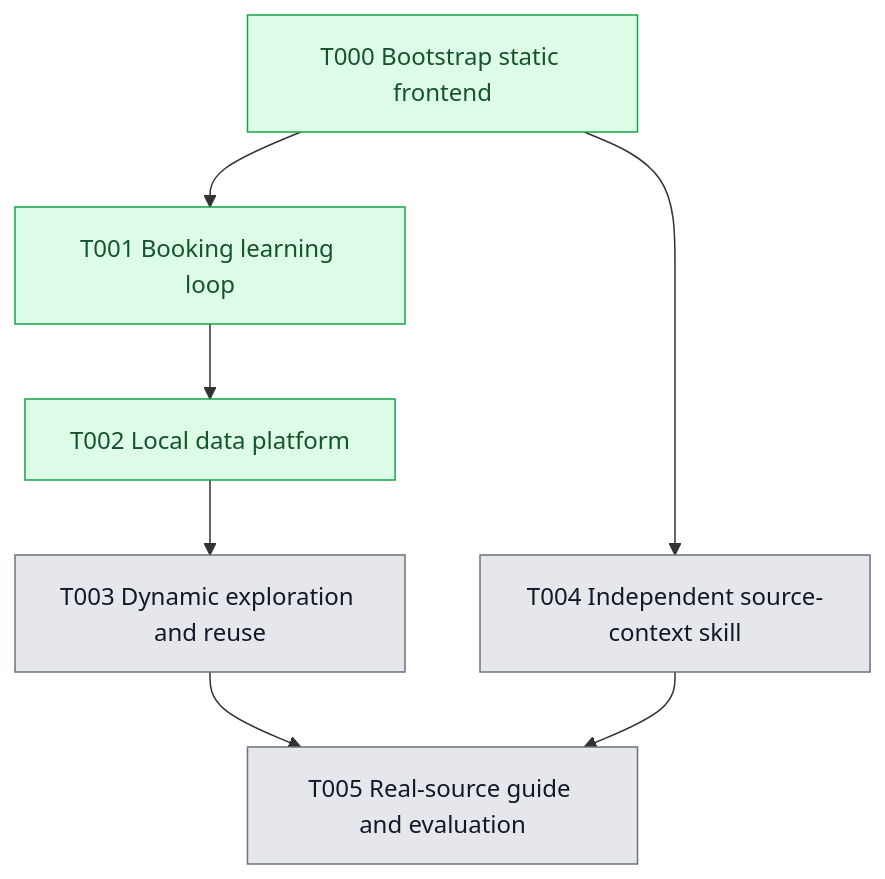
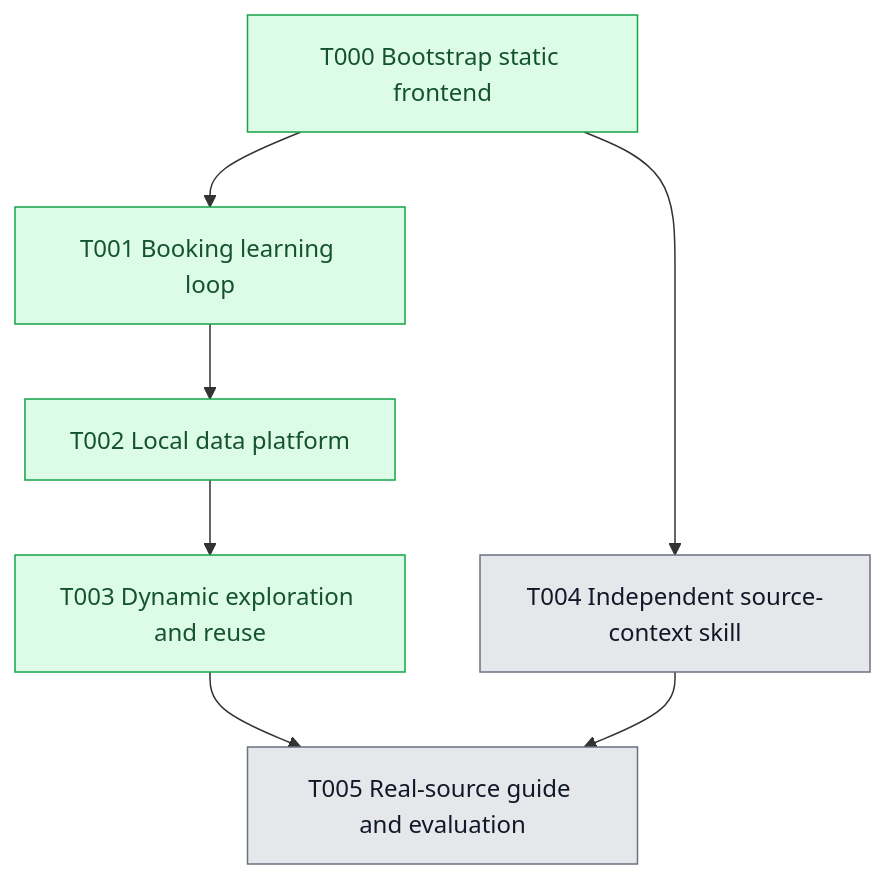
One commit to 0-sayed/atlas changed the diagram in planning/roadmap/dependencies.mmd. Above: the diagram before and after it, drawn with Mermaid. The commit also changed 29 other files, not shown here.

```diff
--- a/planning/roadmap/dependencies.mmd
+++ b/planning/roadmap/dependencies.mmd
@@ -1,20 +1,20 @@
 flowchart TD
   T000["T000 Bootstrap static frontend"]
   T001["T001 Booking learning loop"]
   T002["T002 Local data platform"]
   T003["T003 Dynamic exploration and reuse"]
   T004["T004 Independent source-context skill"]
   T005["T005 Real-source guide and evaluation"]
 
   T000 --> T001
   T001 --> T002
   T002 --> T003
   T000 --> T004
   T003 --> T005
   T004 --> T005
 
   %% Match each node's class to the Done column in tasks.md.
   classDef pending fill:#E5E7EB,stroke:#6B7280,color:#111827
   classDef done fill:#DCFCE7,stroke:#16A34A,color:#14532D
-  class T000,T001,T002 done
-  class T003,T004,T005 pending
+  class T000,T001,T002,T003 done
+  class T004,T005 pending
```
